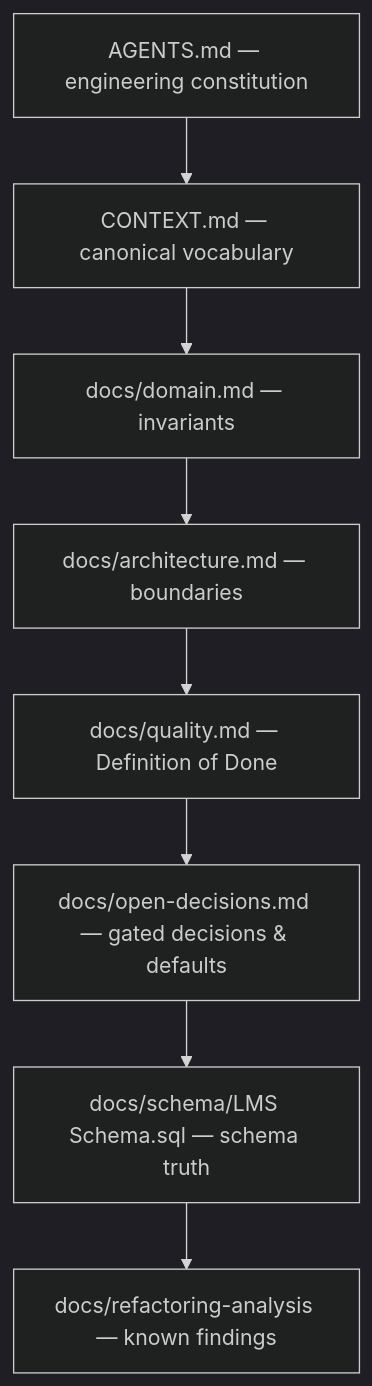
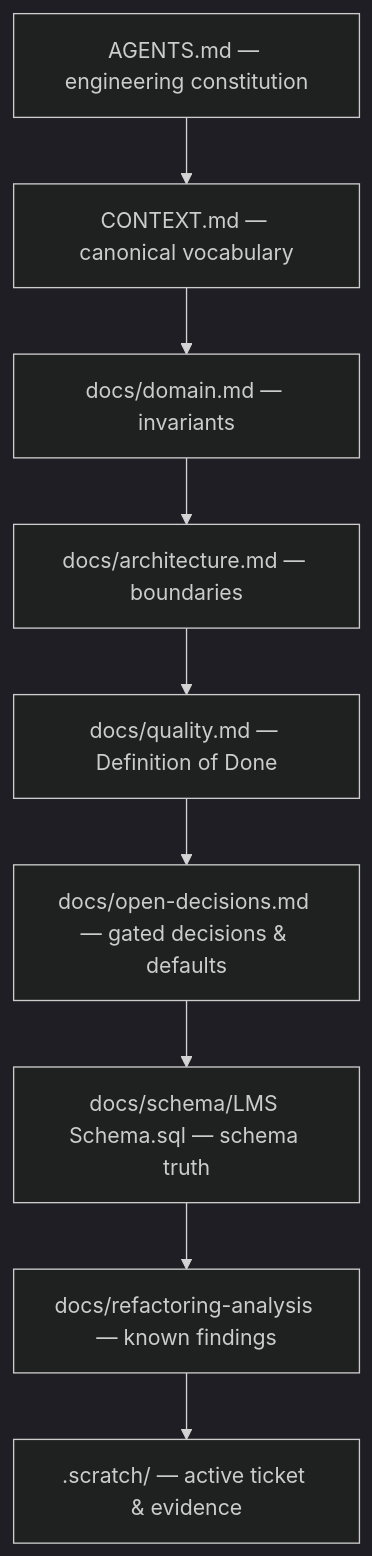
The diagram in docs/README.md (JinxX404/Learning_Management_System_LMS), drawn with Mermaid (dark theme) before and after one commit. The commit also changed other lines of this file and 10 other files, not shown here.

````diff
--- a/docs/README.md
+++ b/docs/README.md
@@ -26,10 +26,11 @@
 ```mermaid
 flowchart TD
     A[AGENTS.md — engineering constitution] --> B[CONTEXT.md — canonical vocabulary]
     B --> C[docs/domain.md — invariants]
     C --> D[docs/architecture.md — boundaries]
     D --> E[docs/quality.md — Definition of Done]
     E --> F[docs/open-decisions.md — gated decisions & defaults]
     F --> G[docs/schema/LMS Schema.sql — schema truth]
     G --> H[docs/refactoring-analysis — known findings]
+    H --> I[.scratch/ — active ticket & evidence]
 ```
````
